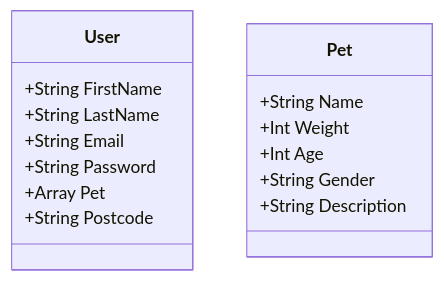
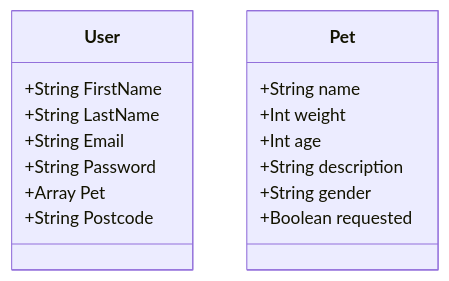
The second of 2 diagrams in diagrams.md (murat-zsertay/pet-dating-app), drawn with Mermaid before and after one commit. The commit also changed other lines of this file, not shown here.

Commit message:
Update db class diagrams.md

````diff
--- a/diagrams.md
+++ b/diagrams.md
@@ -22,21 +24,19 @@
 ```mermaid
 classDiagram
     class User {
         +String FirstName
         +String LastName
         +String Email
         +String Password
-        +Array  Pet
+        +Array Pet
         +String Postcode
-
     }
     class Pet {
-        +String Name
-        +Int    Weight
-        +Int    Age
-        +String Gender
-        +String Description
+        +String name
+        +Int weight
+        +Int age
+        +String description
+        +String gender
+        +Boolean requested
     }
-
-
 ```
````
